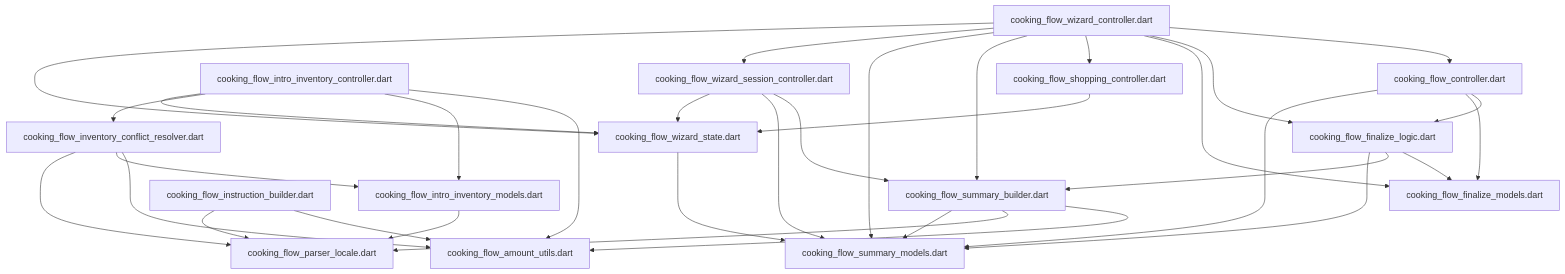
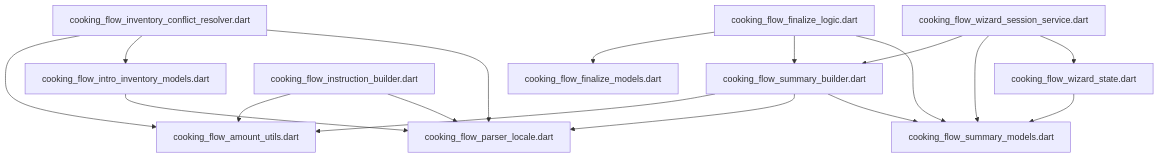
Before and after one commit to repinw/yamt: the diagram in lib/features/cooking_flow/application/DEPS.md, drawn with Mermaid. The commit also changed 37 other files, not shown here.

Commit message:
ref(coocking_flow): architecture update

````diff
--- a/lib/features/cooking_flow/application/DEPS.md
+++ b/lib/features/cooking_flow/application/DEPS.md
@@ -6,35 +6,19 @@
 ```mermaid
 flowchart TD;
-cooking_flow_controller.dart-->cooking_flow_finalize_logic.dart;
-cooking_flow_controller.dart-->cooking_flow_finalize_models.dart;
-cooking_flow_controller.dart-->cooking_flow_summary_models.dart;
 cooking_flow_finalize_logic.dart-->cooking_flow_finalize_models.dart;
 cooking_flow_finalize_logic.dart-->cooking_flow_summary_builder.dart;
 cooking_flow_finalize_logic.dart-->cooking_flow_summary_models.dart;
 cooking_flow_instruction_builder.dart-->cooking_flow_amount_utils.dart;
 cooking_flow_instruction_builder.dart-->cooking_flow_parser_locale.dart;
-cooking_flow_intro_inventory_controller.dart-->cooking_flow_amount_utils.dart;
-cooking_flow_intro_inventory_controller.dart-->cooking_flow_intro_inventory_models.dart;
-cooking_flow_intro_inventory_controller.dart-->cooking_flow_inventory_conflict_resolver.dart;
-cooking_flow_intro_inventory_controller.dart-->cooking_flow_wizard_state.dart;
 cooking_flow_intro_inventory_models.dart-->cooking_flow_parser_locale.dart;
 cooking_flow_inventory_conflict_resolver.dart-->cooking_flow_amount_utils.dart;
 cooking_flow_inventory_conflict_resolver.dart-->cooking_flow_intro_inventory_models.dart;
 cooking_flow_inventory_conflict_resolver.dart-->cooking_flow_parser_locale.dart;
-cooking_flow_shopping_controller.dart-->cooking_flow_wizard_state.dart;
 cooking_flow_summary_builder.dart-->cooking_flow_amount_utils.dart;
 cooking_flow_summary_builder.dart-->cooking_flow_parser_locale.dart;
 cooking_flow_summary_builder.dart-->cooking_flow_summary_models.dart;
-cooking_flow_wizard_controller.dart-->cooking_flow_controller.dart;
-cooking_flow_wizard_controller.dart-->cooking_flow_finalize_logic.dart;
-cooking_flow_wizard_controller.dart-->cooking_flow_finalize_models.dart;
-cooking_flow_wizard_controller.dart-->cooking_flow_shopping_controller.dart;
-cooking_flow_wizard_controller.dart-->cooking_flow_summary_builder.dart;
-cooking_flow_wizard_controller.dart-->cooking_flow_summary_models.dart;
-cooking_flow_wizard_controller.dart-->cooking_flow_wizard_session_controller.dart;
-cooking_flow_wizard_controller.dart-->cooking_flow_wizard_state.dart;
-cooking_flow_wizard_session_controller.dart-->cooking_flow_summary_builder.dart;
-cooking_flow_wizard_session_controller.dart-->cooking_flow_summary_models.dart;
-cooking_flow_wizard_session_controller.dart-->cooking_flow_wizard_state.dart;
+cooking_flow_wizard_session_service.dart-->cooking_flow_summary_builder.dart;
+cooking_flow_wizard_session_service.dart-->cooking_flow_summary_models.dart;
+cooking_flow_wizard_session_service.dart-->cooking_flow_wizard_state.dart;
 cooking_flow_wizard_state.dart-->cooking_flow_summary_models.dart;
 ```
````
